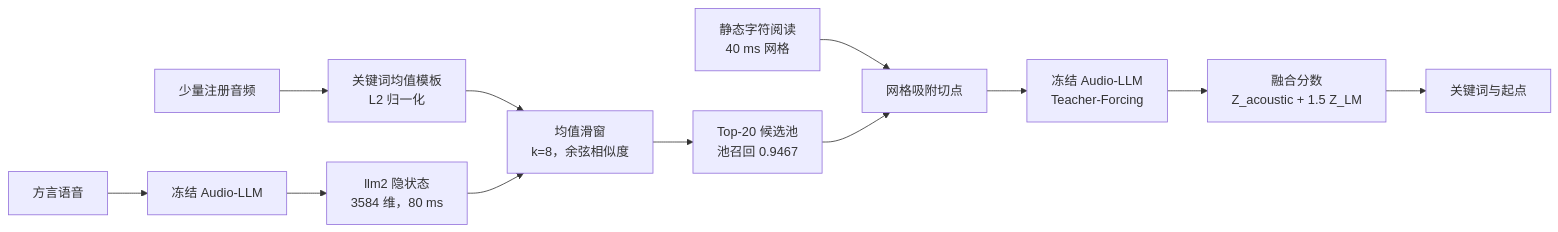
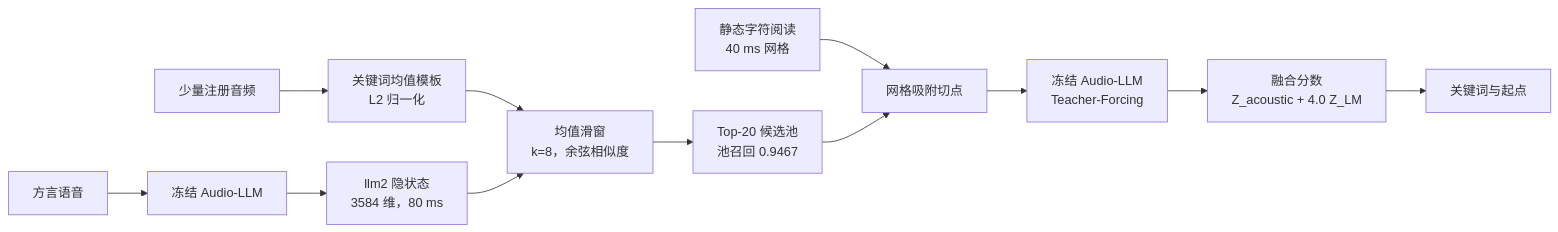
The diagram in README.md (leeoisaboy/audiollm-latent-kws), drawn with Mermaid before and after one commit. The commit also changed other lines of this file and 14 other files, not shown here.

````diff
--- a/README.md
+++ b/README.md
@@ -53,14 +98,14 @@
 ```mermaid
 flowchart LR
     A[方言语音] --> B[冻结 Audio-LLM]
     B --> C["llm2 隐状态<br/>3584 维，80 ms"]
     D[少量注册音频] --> E["关键词均值模板<br/>L2 归一化"]
     E --> F["均值滑窗<br/>k=8，余弦相似度"]
     C --> F
     F --> G["Top-20 候选池<br/>池召回 0.9467"]
     H["静态字符阅读<br/>40 ms 网格"] --> I[网格吸附切点]
     G --> I
     I --> J["冻结 Audio-LLM<br/>Teacher-Forcing"]
-    J --> K["融合分数<br/>Z_acoustic + 1.5 Z_LM"]
+    J --> K["融合分数<br/>Z_acoustic + 4.0 Z_LM"]
     K --> L[关键词与起点]
 ```
````
